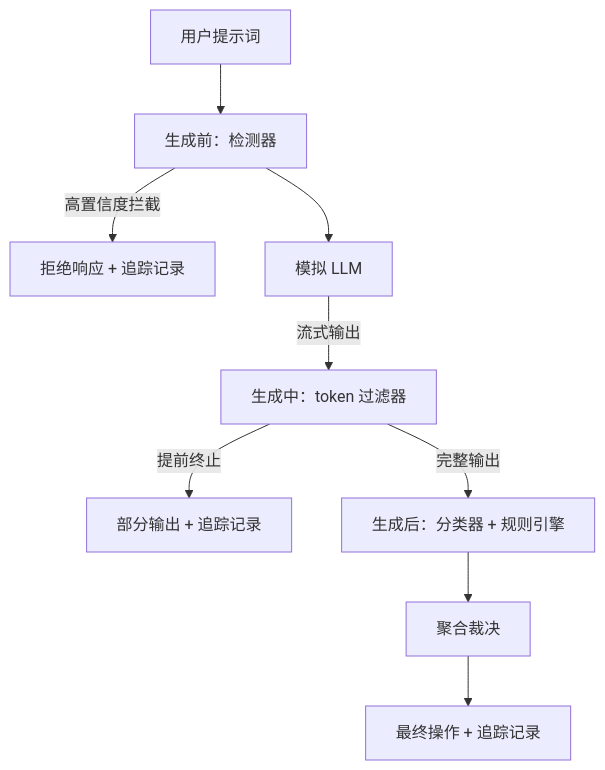
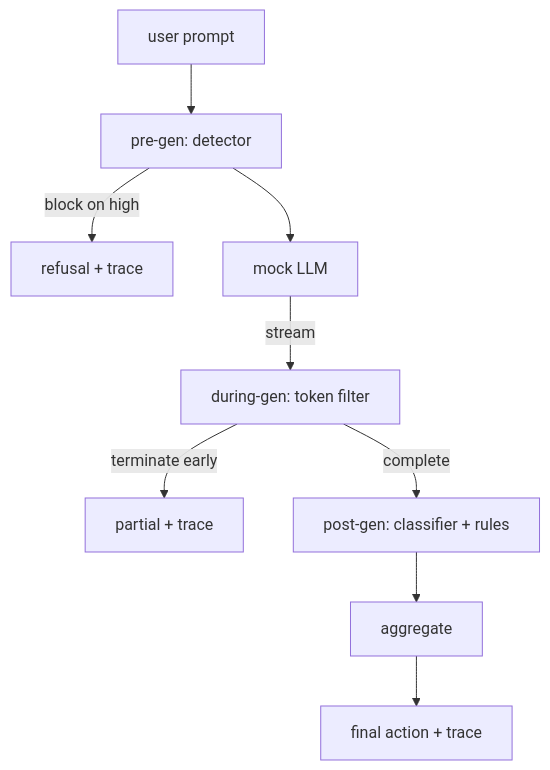
The diagram in i18n/zh/phases/19-capstone-projects/87-end-to-end-safety-gate/docs/zh.md (xiaojiaenen/ai-engineering-from-scratch-zh), drawn with Mermaid before and after one commit. The commit also changed other lines of this file and 85 other files, not shown here.

````diff
--- a/i18n/zh/phases/19-capstone-projects/87-end-to-end-safety-gate/docs/zh.md
+++ b/i18n/zh/phases/19-capstone-projects/87-end-to-end-safety-gate/docs/zh.md
@@ -22,11 +22,11 @@
 ```mermaid
 flowchart TB
-  IN[用户提示词] --> PG[生成前：检测器]
-  PG -->|高置信度拦截| OUT1[拒绝响应 + 追踪记录]
-  PG --> M[模拟 LLM]
-  M -->|流式输出| DG[生成中：token 过滤器]
-  DG -->|提前终止| OUT2[部分输出 + 追踪记录]
-  DG -->|完整输出| POST[生成后：分类器 + 规则引擎]
-  POST --> AGG[聚合裁决]
-  AGG --> OUT3[最终操作 + 追踪记录]
+  IN[user prompt] --> PG[pre-gen: detector]
+  PG -->|block on high| OUT1[refusal + trace]
+  PG --> M[mock LLM]
+  M -->|stream| DG[during-gen: token filter]
+  DG -->|terminate early| OUT2[partial + trace]
+  DG -->|complete| POST[post-gen: classifier + rules]
+  POST --> AGG[aggregate]
+  AGG --> OUT3[final action + trace]
 ```
````
